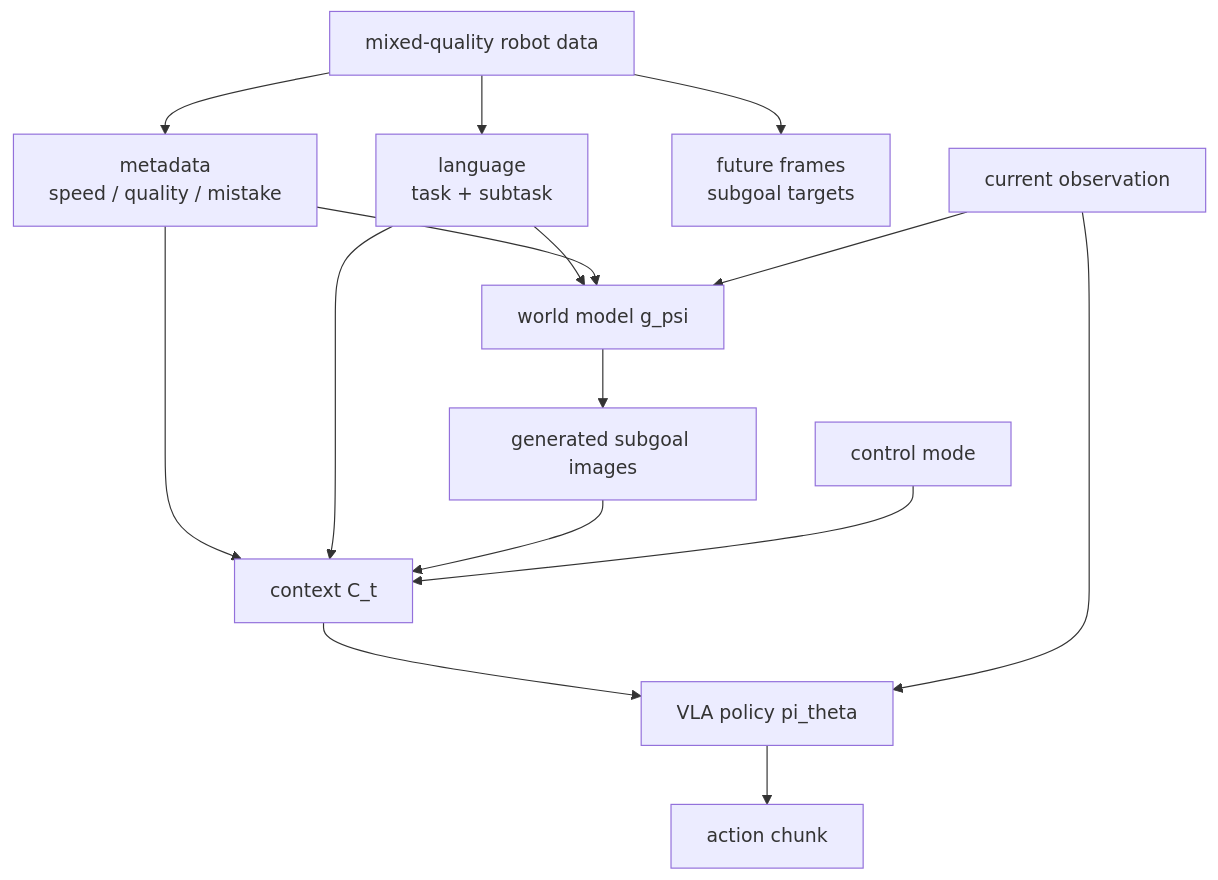
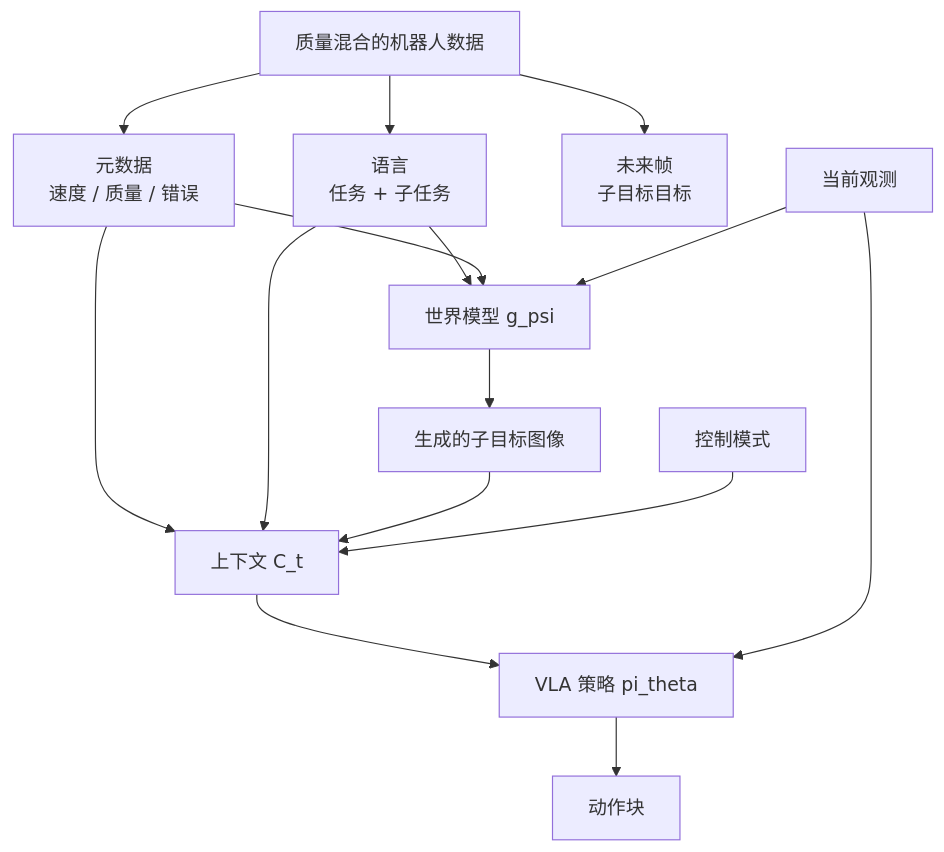
The diagram in wiki/concepts/RobotContextConditioning.md (niuverse/llm-wiki), drawn with Mermaid before and after one commit. The commit also changed other lines of this file and 123 other files, not shown here.

````diff
--- a/wiki/concepts/RobotContextConditioning.md
+++ b/wiki/concepts/RobotContextConditioning.md
@@ -43,17 +43,17 @@
 ```mermaid
 flowchart TB
-  D["mixed-quality robot data"] --> M["metadata<br/>speed / quality / mistake"]
-  D --> L["language<br/>task + subtask"]
-  D --> G["future frames<br/>subgoal targets"]
-  L --> W["world model g_psi"]
+  D["质量混合的机器人数据"] --> M["元数据<br/>速度 / 质量 / 错误"]
+  D --> L["语言<br/>任务 + 子任务"]
+  D --> G["未来帧<br/>子目标目标"]
+  L --> W["世界模型 g_psi"]
   M --> W
-  O["current observation"] --> W
-  W --> SG["generated subgoal images"]
-  M --> C["context C_t"]
+  O["当前观测"] --> W
+  W --> SG["生成的子目标图像"]
+  M --> C["上下文 C_t"]
   L --> C
   SG --> C
-  CM["control mode"] --> C
-  C --> P["VLA policy pi_theta"]
+  CM["控制模式"] --> C
+  C --> P["VLA 策略 pi_theta"]
   O --> P
-  P --> A["action chunk"]
+  P --> A["动作块"]
 ```
````
